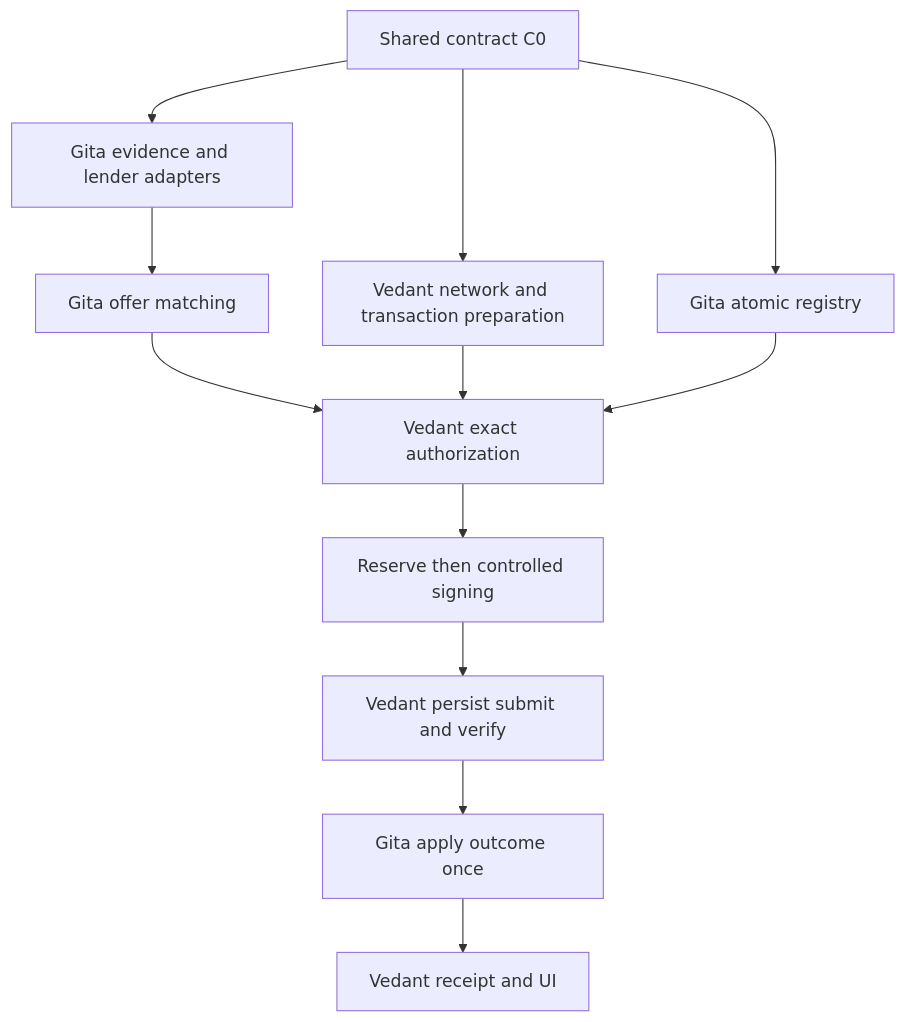
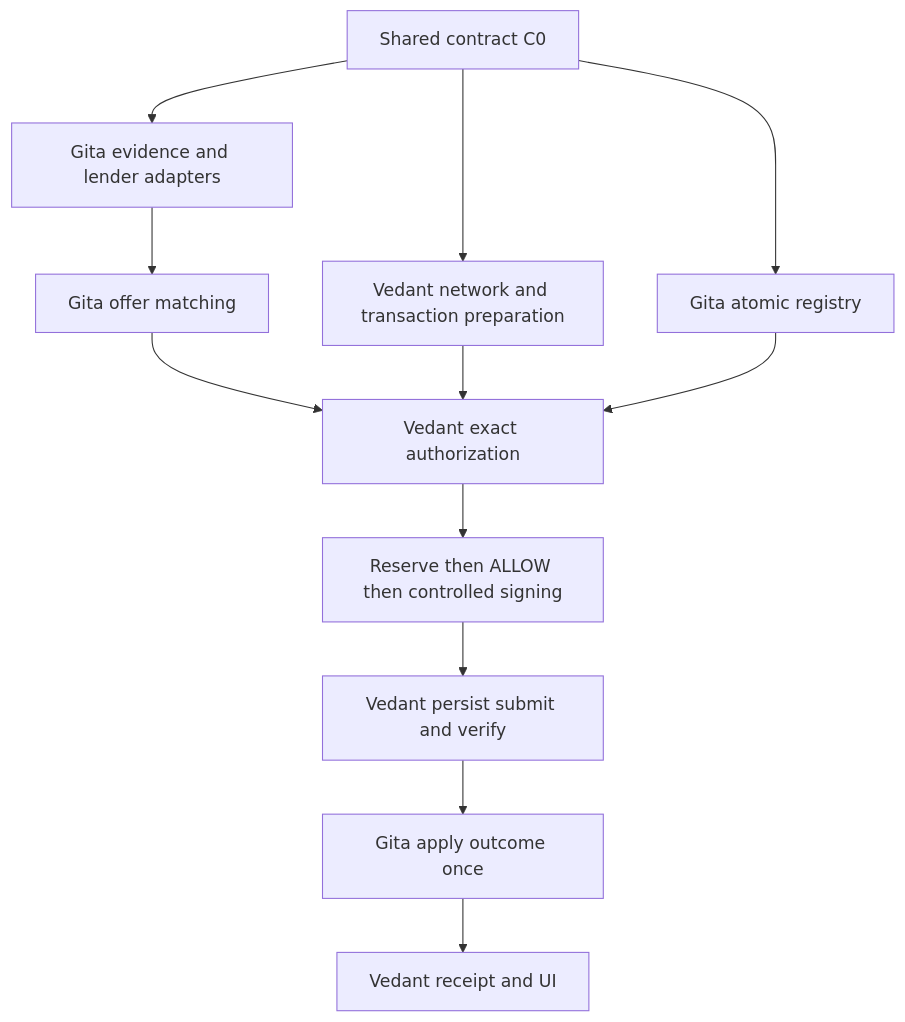
The diagram in docs/agent/WORK-BOARD.md (vedantd/shellfish), drawn with Mermaid before and after one commit. The commit also changed other lines of this file and 16 other files, not shown here.

````diff
--- a/docs/agent/WORK-BOARD.md
+++ b/docs/agent/WORK-BOARD.md
@@ -33,14 +33,14 @@
 ```mermaid
 flowchart TD
   C[Shared contract C0] --> G[Gita evidence and lender adapters]
   G --> M[Gita offer matching]
   C --> R[Gita atomic registry]
   C --> V[Vedant network and transaction preparation]
   M --> A[Vedant exact authorization]
   V --> A
   R --> A
-  A --> S[Reserve then controlled signing]
+  A --> S[Reserve then ALLOW then controlled signing]
   S --> X[Vedant persist submit and verify]
   X --> E[Gita apply outcome once]
   E --> U[Vedant receipt and UI]
 ```
````
